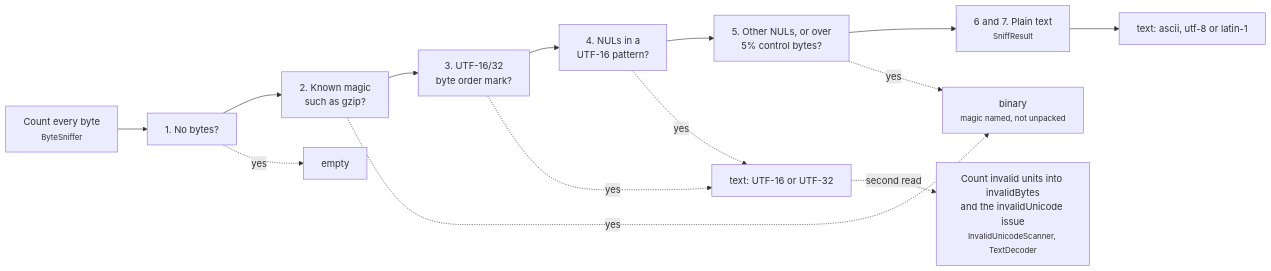
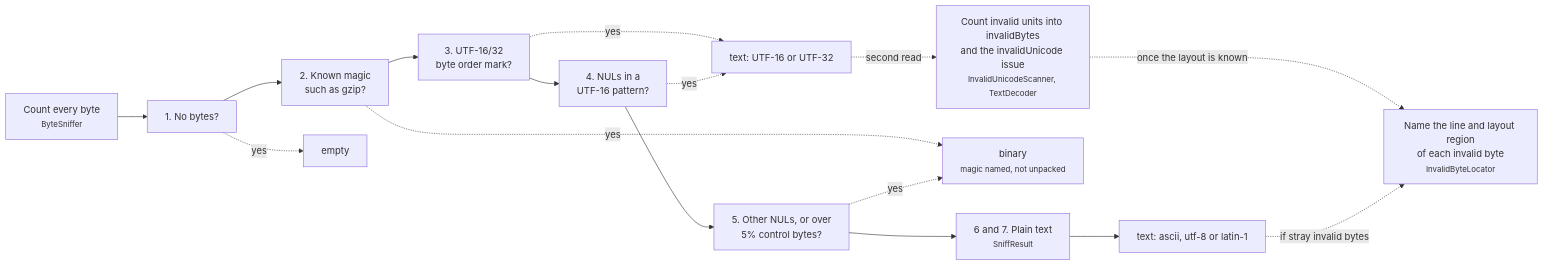
Diagram 31 of 31 in docs/how-it-works.md (squalor-xyz/squalify), drawn with Mermaid before and after one commit. The commit also changed other lines of this file and 16 other files, not shown here.

Commit message:
sq-46: locate invalid bytes

````diff
--- a/docs/how-it-works.md
+++ b/docs/how-it-works.md
@@ -506,16 +506,18 @@
 ```mermaid
 flowchart LR
     S["Count every byte<br/><small>ByteSniffer</small>"] --> R1["1. No bytes?"]
     R1 --> R2["2. Known magic<br/>such as gzip?"]
     R2 --> R3["3. UTF-16/32<br/>byte order mark?"]
     R3 --> R4["4. NULs in a<br/>UTF-16 pattern?"]
     R4 --> R5["5. Other NULs, or over<br/>5% control bytes?"]
     R5 --> R6["6 and 7. Plain text<br/><small>SniffResult</small>"]
     R1 -. "yes" .-> E["empty"]
     R2 -. "yes" .-> B["binary<br/><small>magic named, not unpacked</small>"]
     R5 -. "yes" .-> B
     R3 -. "yes" .-> T16["text: UTF-16 or UTF-32"]
     R4 -. "yes" .-> T16
     T16 -. "second read" .-> V["Count invalid units into invalidBytes<br/>and the invalidUnicode issue<br/><small>InvalidUnicodeScanner, TextDecoder</small>"]
     R6 --> T["text: ascii, utf-8 or latin-1"]
+    V -. "once the layout is known" .-> L["Name the line and layout region<br/>of each invalid byte<br/><small>InvalidByteLocator</small>"]
+    T -. "if stray invalid bytes" .-> L
 ```
````
